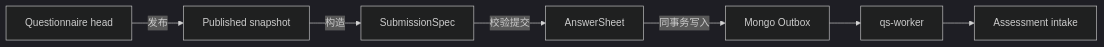
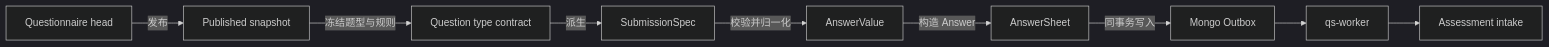
The diagram in docs/02-业务模块/10-survey/README.md (FangcunMount/qs-server), drawn with Mermaid (dark theme) before and after one commit. The commit also changed other lines of this file and 20 other files, not shown here.

````diff
--- a/docs/02-业务模块/10-survey/README.md
+++ b/docs/02-业务模块/10-survey/README.md
@@ -55,17 +64,21 @@
 ```mermaid
 flowchart LR
     Q["Questionnaire head"]
     P["Published snapshot"]
+    T["Question type contract"]
     S["SubmissionSpec"]
+    V["AnswerValue"]
     A["AnswerSheet"]
     O["Mongo Outbox"]
     W["qs-worker"]
     E["Assessment intake"]
 
     Q -->|发布| P
-    P -->|构造| S
-    S -->|校验提交| A
+    P -->|冻结题型与规则| T
+    T -->|派生| S
+    S -->|校验并归一化| V
+    V -->|构造 Answer| A
     A -->|同事务写入| O
     O --> W
     W --> E
 ```
````
